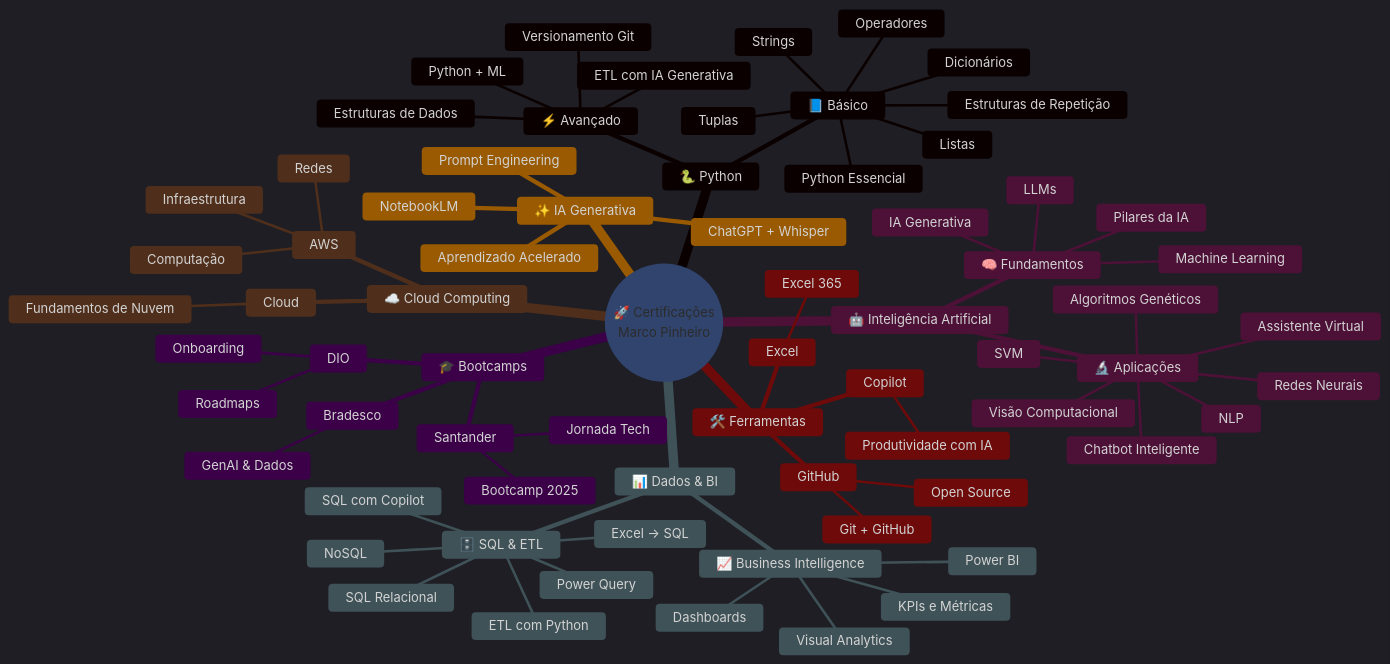
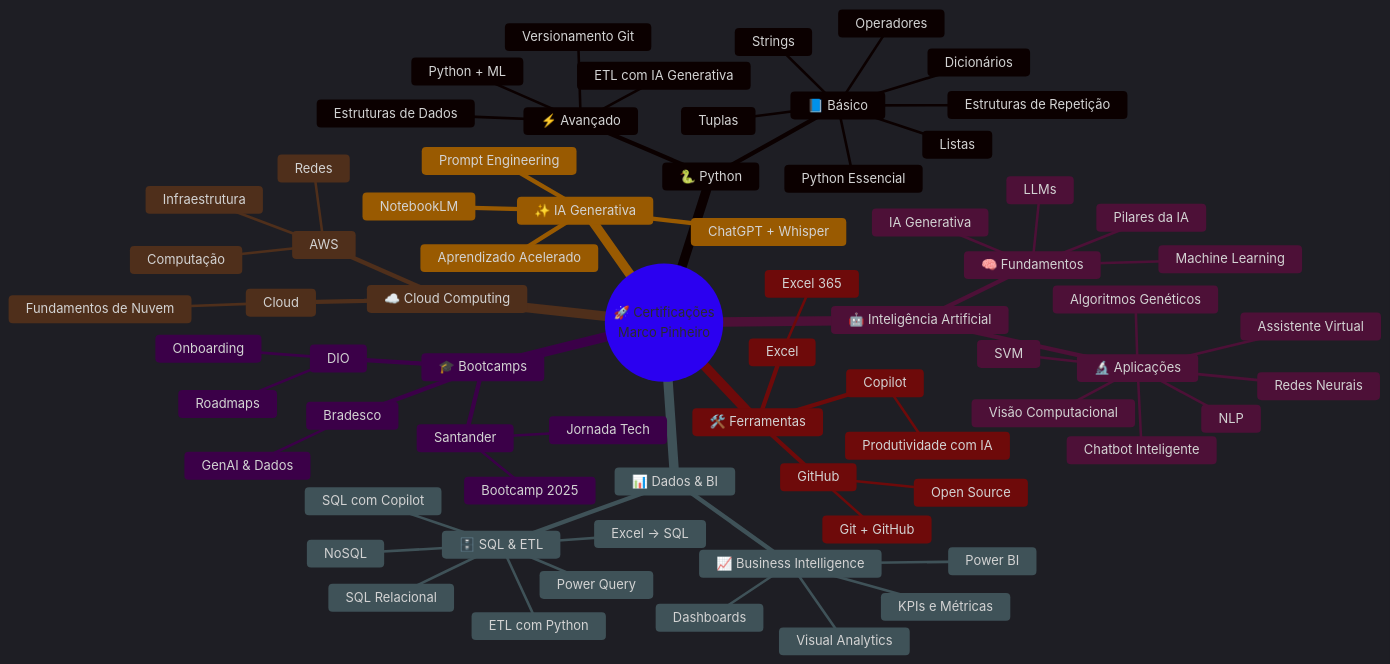
The diagram in README.md (marco-dev-pinheiro/marco-dev-pinheiro), drawn with Mermaid before and after one commit.

Commit message:
Update theme colors in README.md

```diff
--- a/README.md
+++ b/README.md
@@ -11,17 +11,22 @@
 %%{init: {
   "theme": "dark",
   "themeVariables": {
-    "background": "#020617",
-    "primaryColor": "#0f172a",
-    "primaryTextColor": "#f8fafc",
-    "primaryBorderColor": "#38bdf8",
-    "lineColor": "#475569",
-    "secondaryColor": "#111827",
-    "secondaryTextColor": "#e2e8f0",
-    "secondaryBorderColor": "#8b5cf6",
-    "tertiaryColor": "#1e293b",
-    "tertiaryTextColor": "#cbd5e1",
-    "tertiaryBorderColor": "#22d3ee",
+    "background": "#0A1020",
+
+    "primaryColor": "#006A8A",
+    "primaryTextColor": "#F8FAFC",
+    "primaryBorderColor": "#008F83",
+
+    "lineColor": "#0050B3",
+
+    "secondaryColor": "#19008A",
+    "secondaryTextColor": "#E2E8F0",
+    "secondaryBorderColor": "#560085",
+
+    "tertiaryColor": "#0F1C3D",
+    "tertiaryTextColor": "#CBD5E1",
+    "tertiaryBorderColor": "#006A8A",
+
     "fontFamily": "Inter, Segoe UI, Arial",
     "fontSize": "15px"
   }
```
